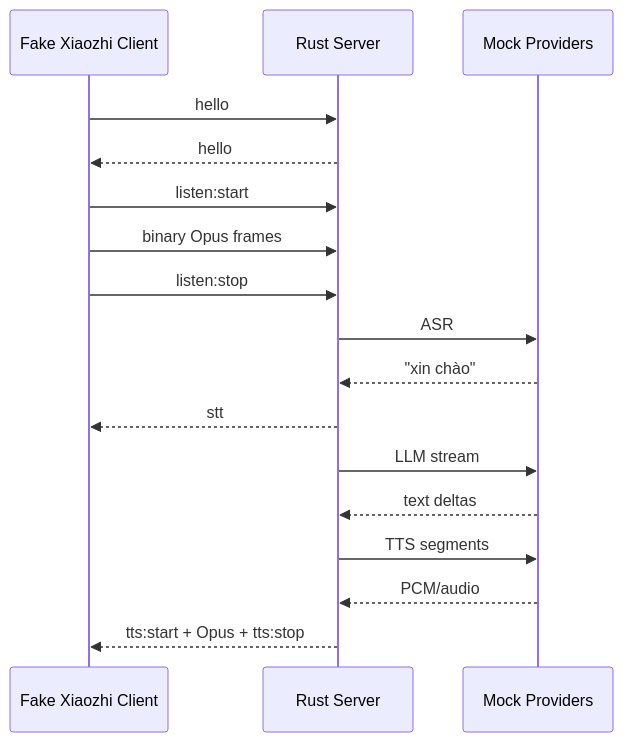
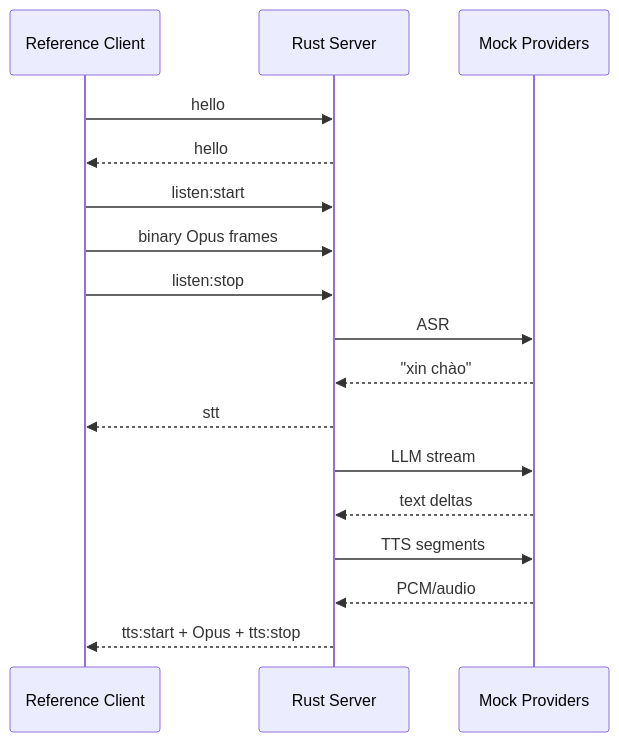
One commit to hailp-vn38/ai-agent-voice changed the diagram in docs/testing/06-e2e.md. Above: the diagram before and after it, drawn with Mermaid. The commit also changed 33 other files, not shown here.

````diff
--- a/docs/testing/06-e2e.md
+++ b/docs/testing/06-e2e.md
@@ -7,19 +7,19 @@
 ```mermaid
 sequenceDiagram
-  participant C as Fake Xiaozhi Client
+  participant C as Reference Client
   participant S as Rust Server
   participant M as Mock Providers
   C->>S: hello
   S-->>C: hello
   C->>S: listen:start
   C->>S: binary Opus frames
   C->>S: listen:stop
   S->>M: ASR
   M-->>S: "xin chào"
   S-->>C: stt
   S->>M: LLM stream
   M-->>S: text deltas
   S->>M: TTS segments
   M-->>S: PCM/audio
   S-->>C: tts:start + Opus + tts:stop
 ```
````
